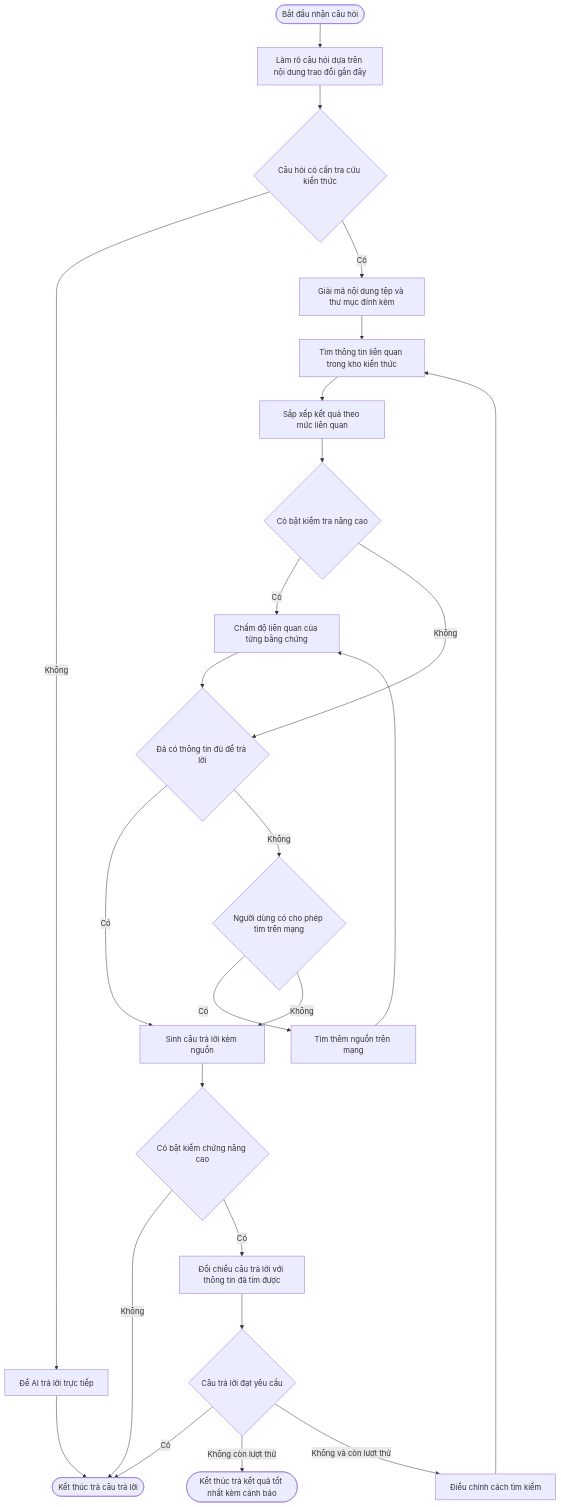
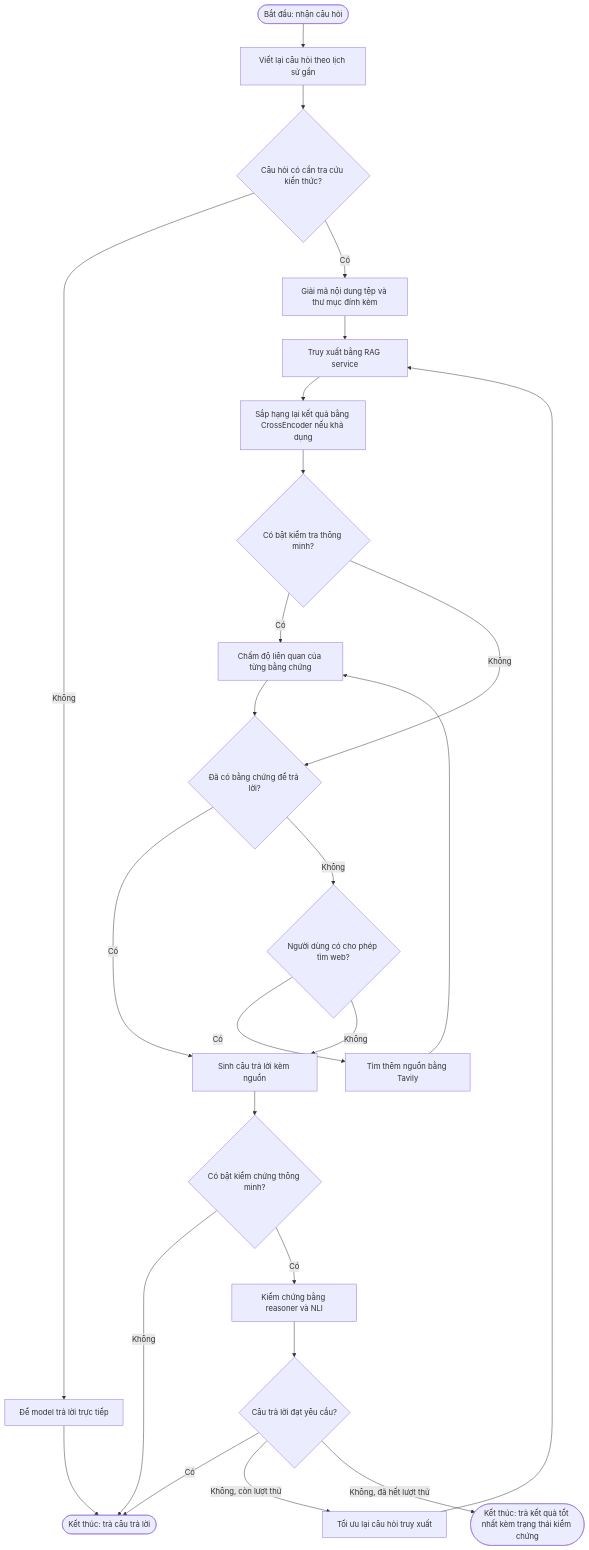
Before and after one commit to MinTruqday/dl: the fourth of 10 diagrams in agentic_ai_workflow_and_architecture_guide_3.md, drawn with Mermaid. The commit also changed other lines of this file and 78 other files, not shown here.

````diff
--- a/agentic_ai_workflow_and_architecture_guide_3.md
+++ b/agentic_ai_workflow_and_architecture_guide_3.md
@@ -177,27 +124,27 @@
 ```mermaid
 flowchart TD
-    Start([Bắt đầu nhận câu hỏi]) --> RewriteFromHistory[Làm rõ câu hỏi dựa trên nội dung trao đổi gần đây]
-    RewriteFromHistory --> NeedKnowledge{Câu hỏi có cần tra cứu kiến thức}
-    NeedKnowledge -->|Không| AnswerDirectly[Để AI trả lời trực tiếp]
-    AnswerDirectly --> End([Kết thúc trả câu trả lời])
+    Start([Bắt đầu: nhận câu hỏi]) --> RewriteFromHistory[Viết lại câu hỏi theo lịch sử gần]
+    RewriteFromHistory --> NeedKnowledge{Câu hỏi có cần tra cứu kiến thức?}
+    NeedKnowledge -->|Không| AnswerDirectly[Để model trả lời trực tiếp]
+    AnswerDirectly --> End([Kết thúc: trả câu trả lời])
     NeedKnowledge -->|Có| DecodeAttachments[Giải mã nội dung tệp và thư mục đính kèm]
-    DecodeAttachments --> RetrieveEvidence[Tìm thông tin liên quan trong kho kiến thức]
-    RetrieveEvidence --> RerankEvidence[Sắp xếp kết quả theo mức liên quan]
-    RerankEvidence --> SmartMode{Có bật kiểm tra nâng cao}
+    DecodeAttachments --> RetrieveEvidence[Truy xuất bằng RAG service]
+    RetrieveEvidence --> RerankEvidence[Sắp hạng lại kết quả bằng CrossEncoder nếu khả dụng]
+    RerankEvidence --> SmartMode{Có bật kiểm tra thông minh?}
     SmartMode -->|Có| GradeEvidence[Chấm độ liên quan của từng bằng chứng]
-    SmartMode -->|Không| HasEvidence{Đã có thông tin đủ để trả lời}
+    SmartMode -->|Không| HasEvidence{Đã có bằng chứng để trả lời?}
     GradeEvidence --> HasEvidence
     HasEvidence -->|Có| GenerateAnswer[Sinh câu trả lời kèm nguồn]
-    HasEvidence -->|Không| WebAllowed{Người dùng có cho phép tìm trên mạng}
-    WebAllowed -->|Có| SearchWeb[Tìm thêm nguồn trên mạng]
+    HasEvidence -->|Không| WebAllowed{Người dùng có cho phép tìm web?}
+    WebAllowed -->|Có| SearchWeb[Tìm thêm nguồn bằng Tavily]
     SearchWeb --> GradeEvidence
     WebAllowed -->|Không| GenerateAnswer
-    GenerateAnswer --> NeedVerification{Có bật kiểm chứng nâng cao}
+    GenerateAnswer --> NeedVerification{Có bật kiểm chứng thông minh?}
     NeedVerification -->|Không| End
-    NeedVerification -->|Có| VerifyAnswer[Đối chiếu câu trả lời với thông tin đã tìm được]
-    VerifyAnswer --> Verified{Câu trả lời đạt yêu cầu}
+    NeedVerification -->|Có| VerifyAnswer[Kiểm chứng bằng reasoner và NLI]
+    VerifyAnswer --> Verified{Câu trả lời đạt yêu cầu?}
     Verified -->|Có| End
-    Verified -->|Không còn lượt thử| EndWithWarning([Kết thúc trả kết quả tốt nhất kèm cảnh báo])
-    Verified -->|Không và còn lượt thử| ImproveQuery[Điều chỉnh cách tìm kiếm]
+    Verified -->|Không, còn lượt thử| ImproveQuery[Tối ưu lại câu hỏi truy xuất]
     ImproveQuery --> RetrieveEvidence
+    Verified -->|Không, đã hết lượt thử| EndWithWarning([Kết thúc: trả kết quả tốt nhất kèm trạng thái kiểm chứng])
 ```
````
